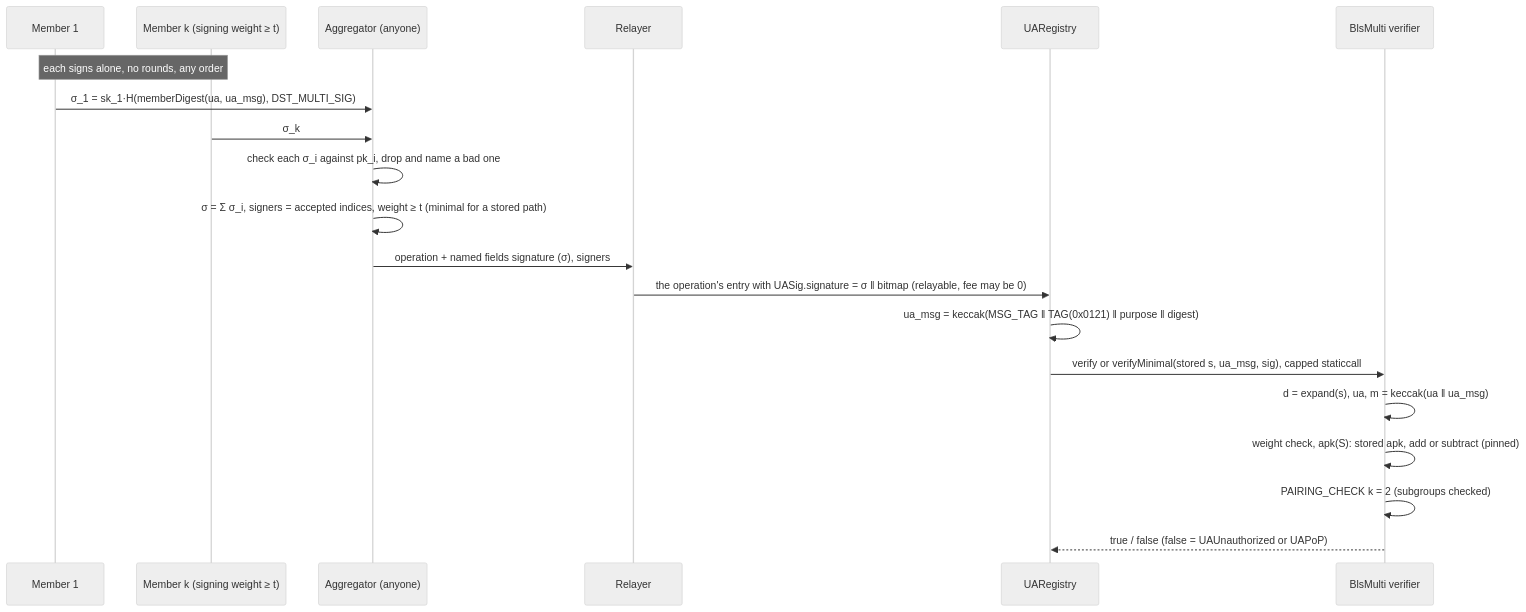
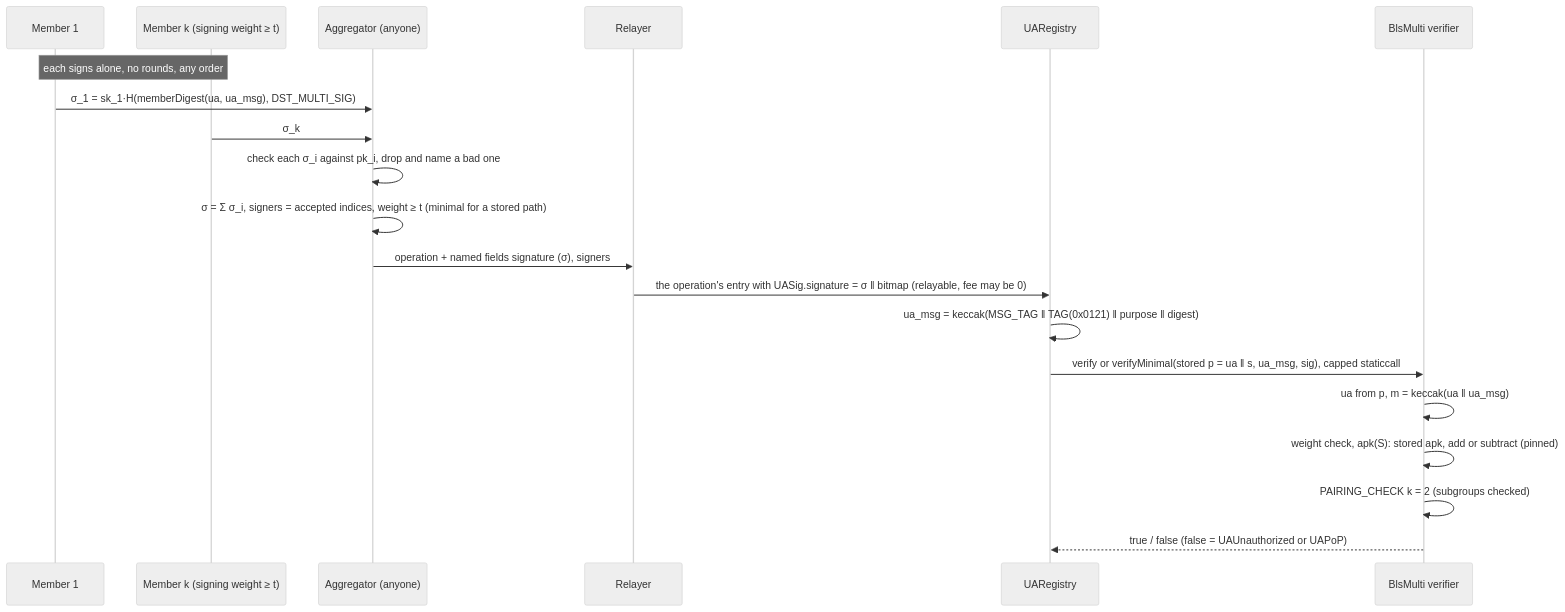
One commit to dinhduongha/scaas changed the diagram in docs/superpowers/specs/2026-11-19-bls12381-multi.md. Above: the diagram before and after it, drawn with Mermaid (neutral theme). The commit also changed other lines of this file, not shown here.

````diff
--- a/docs/superpowers/specs/2026-11-19-bls12381-multi.md
+++ b/docs/superpowers/specs/2026-11-19-bls12381-multi.md
@@ -397,22 +420,22 @@
 ```mermaid
 sequenceDiagram
     participant M1 as Member 1
     participant Mk as Member k (signing weight ≥ t)
     participant A as Aggregator (anyone)
     participant R as Relayer
     participant G as UARegistry
     participant V as BlsMulti verifier
     Note over M1,Mk: each signs alone, no rounds, any order
     M1->>A: σ_1 = sk_1·H(memberDigest(ua, ua_msg), DST_MULTI_SIG)
     Mk->>A: σ_k
     A->>A: check each σ_i against pk_i, drop and name a bad one
     A->>A: σ = Σ σ_i, signers = accepted indices, weight ≥ t (minimal for a stored path)
     A->>R: operation + named fields signature (σ), signers
     R->>G: the operation's entry with UASig.signature = σ ‖ bitmap (relayable, fee may be 0)
     G->>G: ua_msg = keccak(MSG_TAG ‖ TAG(0x0121) ‖ purpose ‖ digest)
-    G->>V: verify or verifyMinimal(stored s, ua_msg, sig), capped staticcall
-    V->>V: d = expand(s), ua, m = keccak(ua ‖ ua_msg)
+    G->>V: verify or verifyMinimal(stored p = ua ‖ s, ua_msg, sig), capped staticcall
+    V->>V: ua from p, m = keccak(ua ‖ ua_msg)
     V->>V: weight check, apk(S): stored apk, add or subtract (pinned)
     V->>V: PAIRING_CHECK k = 2 (subgroups checked)
     V-->>G: true / false (false = UAUnauthorized or UAPoP)
 ```
````
